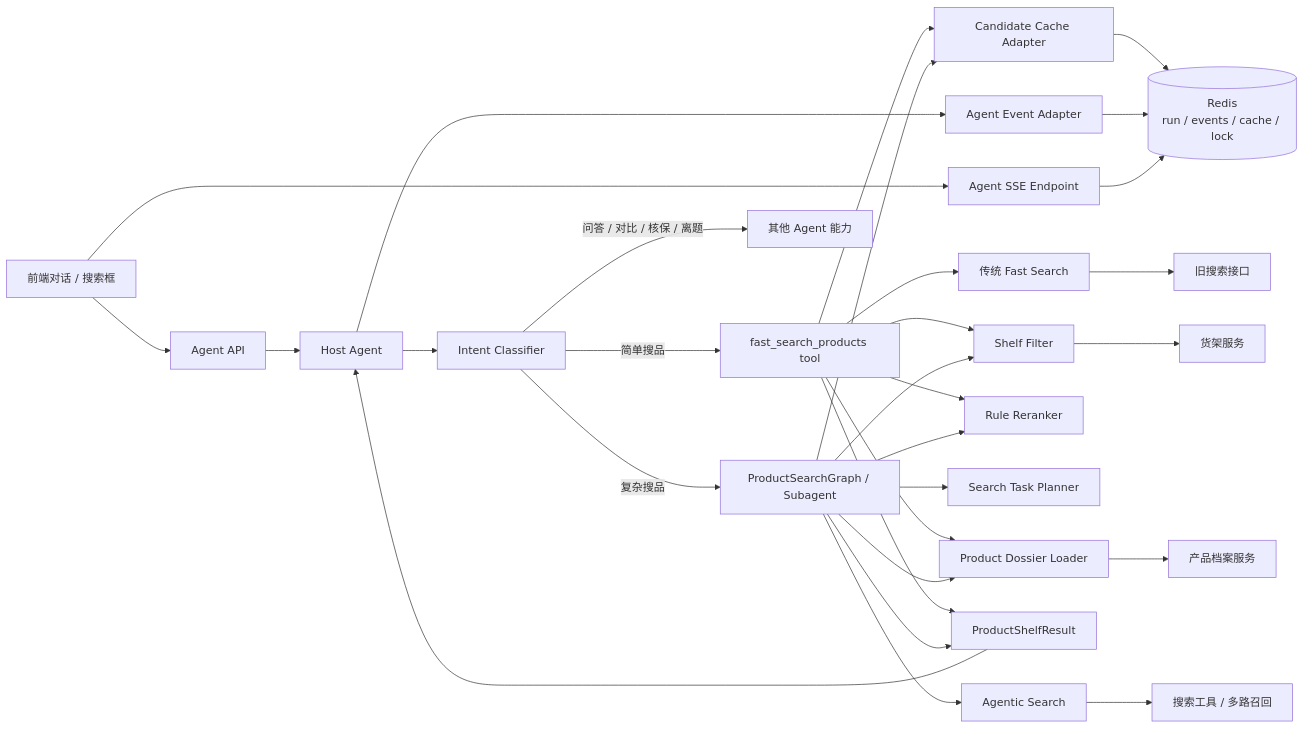
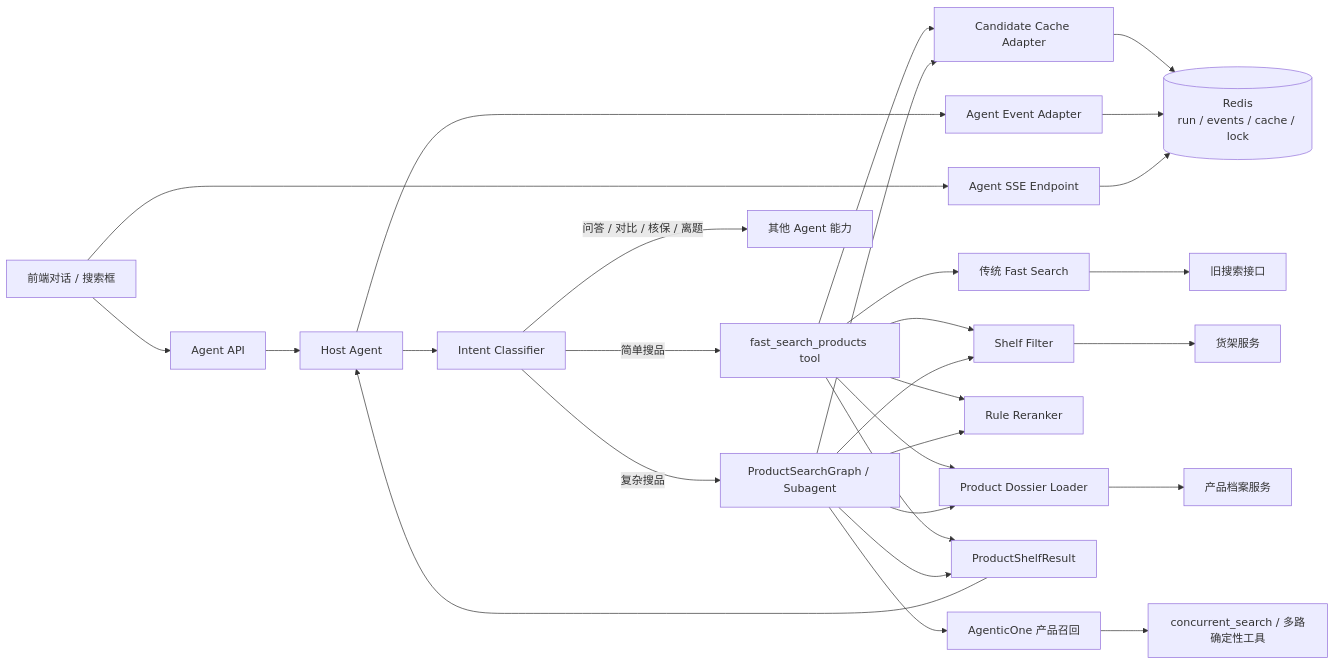
One commit to istarwyh/xiaohui changed the first of 3 diagrams in content/program/llm/保险商品搜索 Agent 工程架构：从自然语言需求到可交互货架.md. Above: the diagram before and after it, drawn with Mermaid. The commit also changed other lines of this file, not shown here.

Commit message:
docs: 统一保险搜品与 AgenticOne 召回链路

````diff
--- a/content/program/llm/保险商品搜索 Agent 工程架构：从自然语言需求到可交互货架.md
+++ b/content/program/llm/保险商品搜索 Agent 工程架构：从自然语言需求到可交互货架.md
@@ -122,38 +120,37 @@
 ```mermaid
 flowchart LR
     FE[前端对话 / 搜索框] --> API[Agent API]
     FE --> SSE[Agent SSE Endpoint]
 
     API --> HOST[Host Agent]
     HOST --> INTENT[Intent Classifier]
 
     INTENT -->|简单搜品| FAST[fast_search_products tool]
     INTENT -->|复杂搜品| GRAPH[ProductSearchGraph / Subagent]
     INTENT -->|问答 / 对比 / 核保 / 离题| OTHER[其他 Agent 能力]
 
     FAST --> CACHE[Candidate Cache Adapter]
     FAST --> SEARCH[传统 Fast Search]
     FAST --> FILTER[Shelf Filter]
     FAST --> DOSSIER[Product Dossier Loader]
     FAST --> RANK[Rule Reranker]
 
-    GRAPH --> PLAN[Search Task Planner]
     GRAPH --> CACHE
-    GRAPH --> AGENTIC[Agentic Search]
+    GRAPH --> RECALL[AgenticOne 产品召回]
     GRAPH --> FILTER
     GRAPH --> DOSSIER
     GRAPH --> RANK
 
     CACHE --> Redis[(Redis<br/>run / events / cache / lock)]
     SEARCH --> Legacy[旧搜索接口]
-    AGENTIC --> Backend[搜索工具 / 多路召回]
+    RECALL --> Backend[concurrent_search / 多路确定性工具]
     FILTER --> Shelf[货架服务]
     DOSSIER --> Dossier[产品档案服务]
 
     FAST --> RESULT[ProductShelfResult]
     GRAPH --> RESULT
     RESULT --> HOST
     HOST --> ADAPTER[Agent Event Adapter]
     ADAPTER --> Redis
     SSE --> Redis
 ```
````
